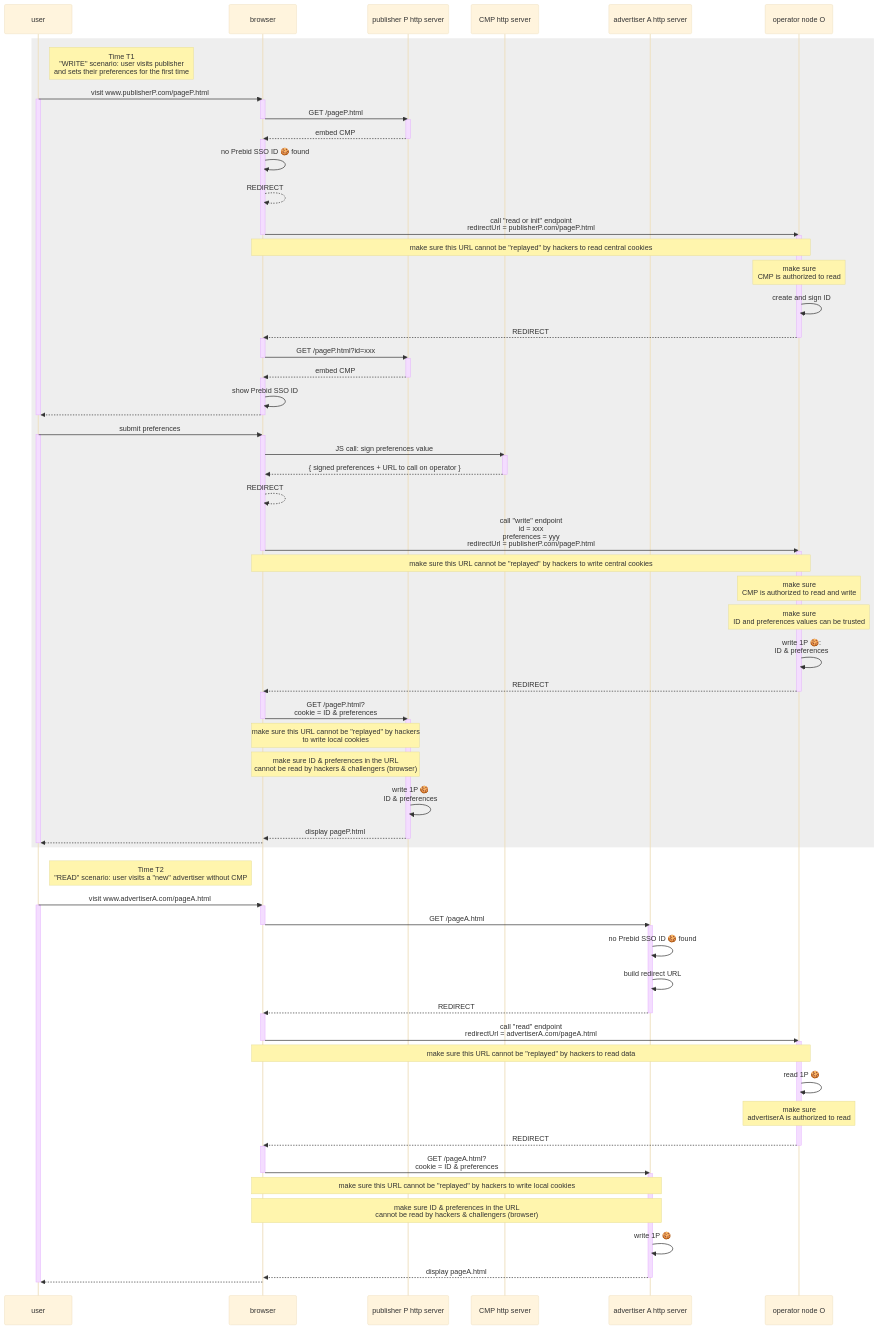
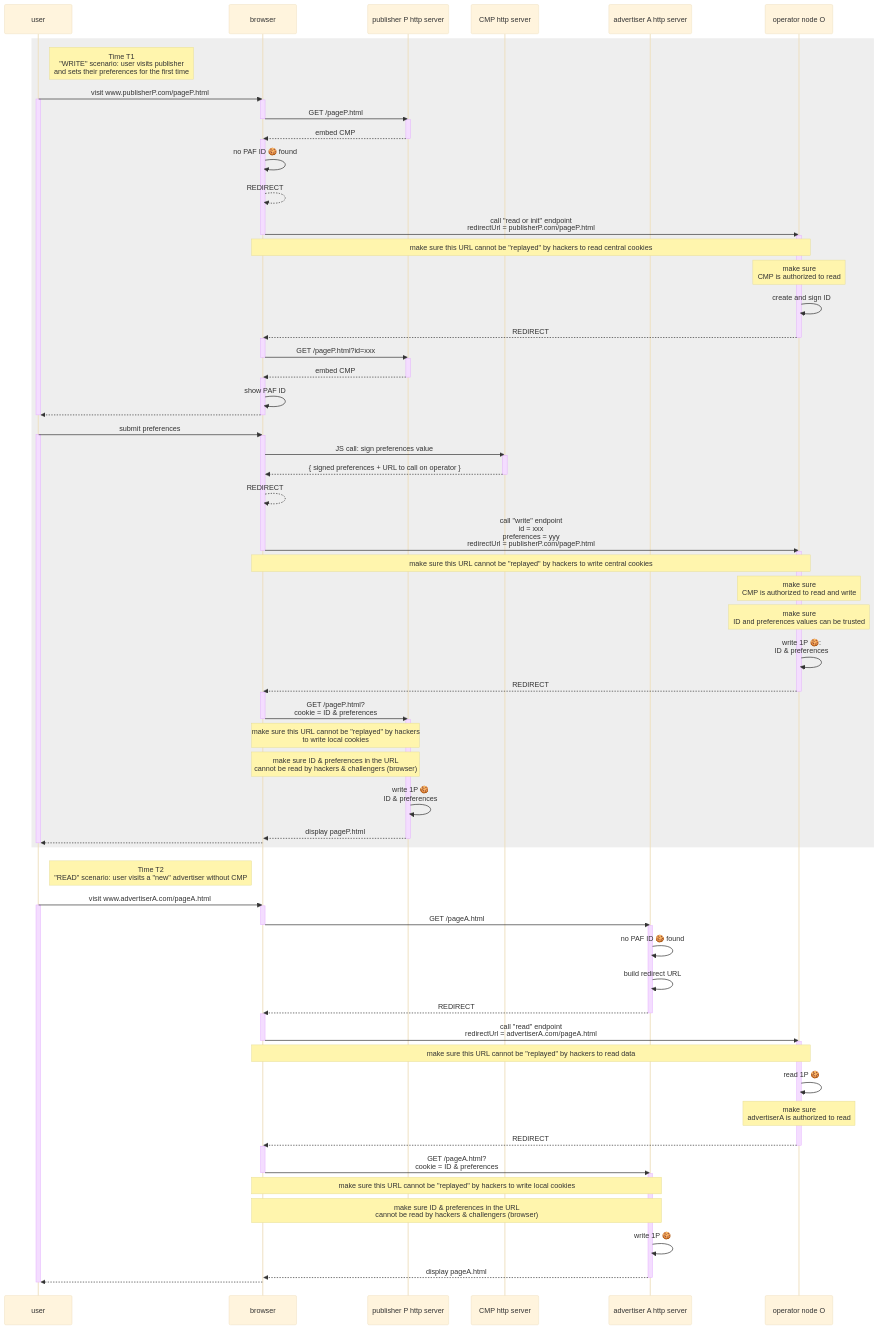
One commit to OneKey-Network/addressability-framework changed the second of 2 diagrams in mvp-spec/operator-requirements.md. Above: the diagram before and after it, drawn with Mermaid (base theme). The commit also changed other lines of this file and 11 other files, not shown here.

Commit message:
Remove any reference to Prebid SSO (#128)

```diff
--- a/mvp-spec/operator-requirements.md
+++ b/mvp-spec/operator-requirements.md
@@ -214,7 +214,7 @@
         deactivate P
 
         activate B
-            B ->> B: no Prebid SSO ID 🍪 found
+            B ->> B: no PAF ID 🍪 found
             B -->> B: REDIRECT
             B ->> O: call "read or init" endpoint<br/>redirectUrl = publisherP.com/pageP.html
         deactivate B
@@ -235,7 +235,7 @@
         deactivate P
 
         activate B
-            B ->> B: show Prebid SSO ID
+            B ->> B: show PAF ID
             B -->> U:  
         deactivate B
 
@@ -291,7 +291,7 @@
         deactivate B
 
         activate A
-            A ->> A: no Prebid SSO ID 🍪 found
+            A ->> A: no PAF ID 🍪 found
             A ->> A: build redirect URL
             A -->> B: REDIRECT
         deactivate A
```
